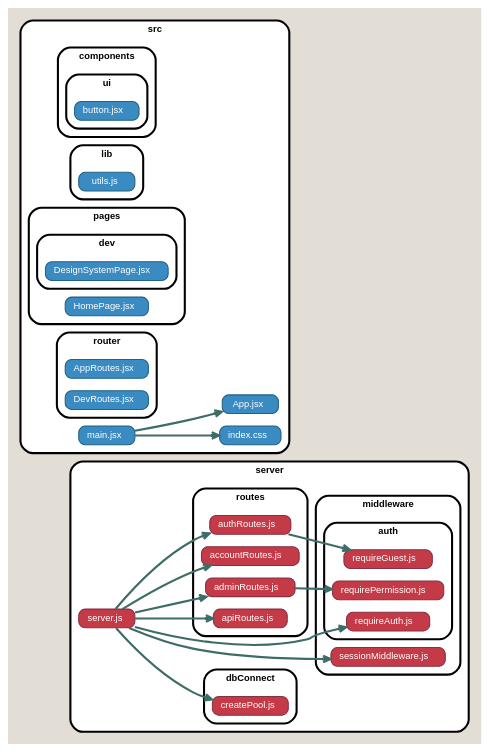
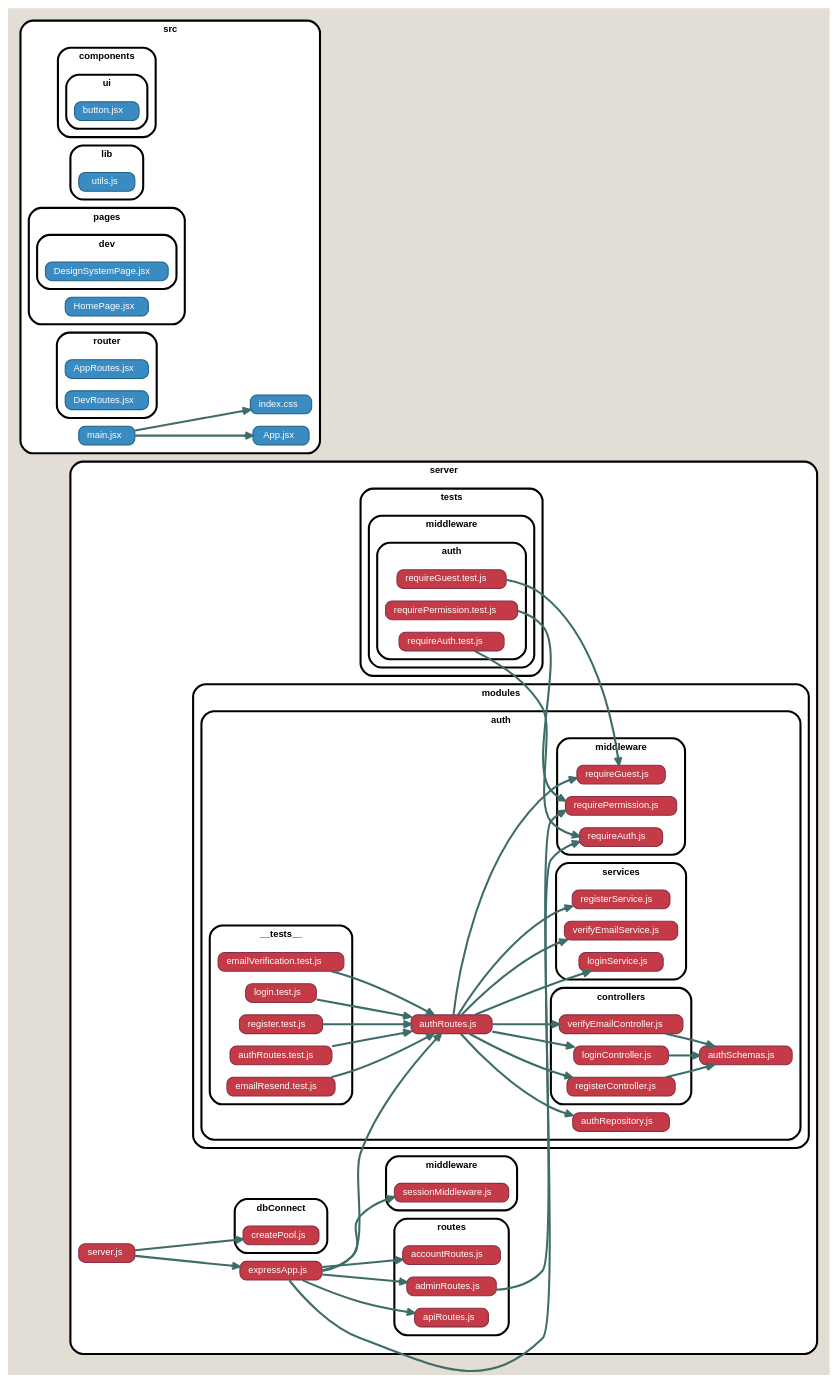
Before and after one commit to besmarques/omdn: the diagram in docs/dependency-graph.dot, drawn with Graphviz. The commit also changed 24 other files, not shown here.

```diff
--- a/docs/dependency-graph.dot
+++ b/docs/dependency-graph.dot
@@ -4,24 +4,60 @@
     edge [arrowhead="vee" arrowsize="0.7" penwidth="2.0" color="#3E6C67" fontname="Helvetica" fontsize="9" fontcolor="#3E6C67"]
 
     subgraph "cluster_server" {label="server" subgraph "cluster_server/dbConnect" {label="dbConnect" "server/dbConnect/createPool.js" [label=<createPool.js> tooltip="createPool.js" URL="server/dbConnect/createPool.js" fillcolor="#C43A47" color="#843145" fontcolor="#FFFFFF"] } }
-    subgraph "cluster_server" {label="server" subgraph "cluster_server/middleware" {label="middleware" subgraph "cluster_server/middleware/auth" {label="auth" "server/middleware/auth/requireAuth.js" [label=<requireAuth.js> tooltip="requireAuth.js" URL="server/middleware/auth/requireAuth.js" fillcolor="#C43A47" color="#843145" fontcolor="#FFFFFF"] } } }
-    subgraph "cluster_server" {label="server" subgraph "cluster_server/middleware" {label="middleware" subgraph "cluster_server/middleware/auth" {label="auth" "server/middleware/auth/requireGuest.js" [label=<requireGuest.js> tooltip="requireGuest.js" URL="server/middleware/auth/requireGuest.js" fillcolor="#C43A47" color="#843145" fontcolor="#FFFFFF"] } } }
-    subgraph "cluster_server" {label="server" subgraph "cluster_server/middleware" {label="middleware" subgraph "cluster_server/middleware/auth" {label="auth" "server/middleware/auth/requirePermission.js" [label=<requirePermission.js> tooltip="requirePermission.js" URL="server/middleware/auth/requirePermission.js" fillcolor="#C43A47" color="#843145" fontcolor="#FFFFFF"] } } }
+    subgraph "cluster_server" {label="server" "server/expressApp.js" [label=<expressApp.js> tooltip="expressApp.js" URL="server/expressApp.js" fillcolor="#C43A47" color="#843145" fontcolor="#FFFFFF"] }
+    "server/expressApp.js" -> "server/middleware/sessionMiddleware.js"
+    "server/expressApp.js" -> "server/modules/auth/authRoutes.js"
+    "server/expressApp.js" -> "server/modules/auth/middleware/requireAuth.js"
+    "server/expressApp.js" -> "server/routes/accountRoutes.js"
+    "server/expressApp.js" -> "server/routes/adminRoutes.js"
+    "server/expressApp.js" -> "server/routes/apiRoutes.js"
     subgraph "cluster_server" {label="server" subgraph "cluster_server/middleware" {label="middleware" "server/middleware/sessionMiddleware.js" [label=<sessionMiddleware.js> tooltip="sessionMiddleware.js" URL="server/middleware/sessionMiddleware.js" fillcolor="#C43A47" color="#843145" fontcolor="#FFFFFF"] } }
+    subgraph "cluster_server" {label="server" subgraph "cluster_server/modules" {label="modules" subgraph "cluster_server/modules/auth" {label="auth" subgraph "cluster_server/modules/auth/__tests__" {label="__tests__" "server/modules/auth/__tests__/authRoutes.test.js" [label=<authRoutes.test.js> tooltip="authRoutes.test.js" URL="server/modules/auth/__tests__/authRoutes.test.js" fillcolor="#C43A47" color="#843145" fontcolor="#FFFFFF"] } } } }
+    "server/modules/auth/__tests__/authRoutes.test.js" -> "server/modules/auth/authRoutes.js"
+    subgraph "cluster_server" {label="server" subgraph "cluster_server/modules" {label="modules" subgraph "cluster_server/modules/auth" {label="auth" subgraph "cluster_server/modules/auth/__tests__" {label="__tests__" "server/modules/auth/__tests__/emailResend.test.js" [label=<emailResend.test.js> tooltip="emailResend.test.js" URL="server/modules/auth/__tests__/emailResend.test.js" fillcolor="#C43A47" color="#843145" fontcolor="#FFFFFF"] } } } }
+    "server/modules/auth/__tests__/emailResend.test.js" -> "server/modules/auth/authRoutes.js"
+    subgraph "cluster_server" {label="server" subgraph "cluster_server/modules" {label="modules" subgraph "cluster_server/modules/auth" {label="auth" subgraph "cluster_server/modules/auth/__tests__" {label="__tests__" "server/modules/auth/__tests__/emailVerification.test.js" [label=<emailVerification.test.js> tooltip="emailVerification.test.js" URL="server/modules/auth/__tests__/emailVerification.test.js" fillcolor="#C43A47" color="#843145" fontcolor="#FFFFFF"] } } } }
+    "server/modules/auth/__tests__/emailVerification.test.js" -> "server/modules/auth/authRoutes.js"
+    subgraph "cluster_server" {label="server" subgraph "cluster_server/modules" {label="modules" subgraph "cluster_server/modules/auth" {label="auth" subgraph "cluster_server/modules/auth/__tests__" {label="__tests__" "server/modules/auth/__tests__/login.test.js" [label=<login.test.js> tooltip="login.test.js" URL="server/modules/auth/__tests__/login.test.js" fillcolor="#C43A47" color="#843145" fontcolor="#FFFFFF"] } } } }
+    "server/modules/auth/__tests__/login.test.js" -> "server/modules/auth/authRoutes.js"
+    subgraph "cluster_server" {label="server" subgraph "cluster_server/modules" {label="modules" subgraph "cluster_server/modules/auth" {label="auth" subgraph "cluster_server/modules/auth/__tests__" {label="__tests__" "server/modules/auth/__tests__/register.test.js" [label=<register.test.js> tooltip="register.test.js" URL="server/modules/auth/__tests__/register.test.js" fillcolor="#C43A47" color="#843145" fontcolor="#FFFFFF"] } } } }
+    "server/modules/auth/__tests__/register.test.js" -> "server/modules/auth/authRoutes.js"
+    subgraph "cluster_server" {label="server" subgraph "cluster_server/modules" {label="modules" subgraph "cluster_server/modules/auth" {label="auth" "server/modules/auth/authRepository.js" [label=<authRepository.js> tooltip="authRepository.js" URL="server/modules/auth/authRepository.js" fillcolor="#C43A47" color="#843145" fontcolor="#FFFFFF"] } } }
+    subgraph "cluster_server" {label="server" subgraph "cluster_server/modules" {label="modules" subgraph "cluster_server/modules/auth" {label="auth" "server/modules/auth/authRoutes.js" [label=<authRoutes.js> tooltip="authRoutes.js" URL="server/modules/auth/authRoutes.js" fillcolor="#C43A47" color="#843145" fontcolor="#FFFFFF"] } } }
+    "server/modules/auth/authRoutes.js" -> "server/modules/auth/authRepository.js"
+    "server/modules/auth/authRoutes.js" -> "server/modules/auth/controllers/loginController.js"
+    "server/modules/auth/authRoutes.js" -> "server/modules/auth/controllers/registerController.js"
+    "server/modules/auth/authRoutes.js" -> "server/modules/auth/controllers/verifyEmailController.js"
+    "server/modules/auth/authRoutes.js" -> "server/modules/auth/middleware/requireGuest.js"
+    "server/modules/auth/authRoutes.js" -> "server/modules/auth/services/loginService.js"
+    "server/modules/auth/authRoutes.js" -> "server/modules/auth/services/registerService.js"
+    "server/modules/auth/authRoutes.js" -> "server/modules/auth/services/verifyEmailService.js"
+    subgraph "cluster_server" {label="server" subgraph "cluster_server/modules" {label="modules" subgraph "cluster_server/modules/auth" {label="auth" "server/modules/auth/authSchemas.js" [label=<authSchemas.js> tooltip="authSchemas.js" URL="server/modules/auth/authSchemas.js" fillcolor="#C43A47" color="#843145" fontcolor="#FFFFFF"] } } }
+    subgraph "cluster_server" {label="server" subgraph "cluster_server/modules" {label="modules" subgraph "cluster_server/modules/auth" {label="auth" subgraph "cluster_server/modules/auth/controllers" {label="controllers" "server/modules/auth/controllers/loginController.js" [label=<loginController.js> tooltip="loginController.js" URL="server/modules/auth/controllers/loginController.js" fillcolor="#C43A47" color="#843145" fontcolor="#FFFFFF"] } } } }
+    "server/modules/auth/controllers/loginController.js" -> "server/modules/auth/authSchemas.js"
+    subgraph "cluster_server" {label="server" subgraph "cluster_server/modules" {label="modules" subgraph "cluster_server/modules/auth" {label="auth" subgraph "cluster_server/modules/auth/controllers" {label="controllers" "server/modules/auth/controllers/registerController.js" [label=<registerController.js> tooltip="registerController.js" URL="server/modules/auth/controllers/registerController.js" fillcolor="#C43A47" color="#843145" fontcolor="#FFFFFF"] } } } }
+    "server/modules/auth/controllers/registerController.js" -> "server/modules/auth/authSchemas.js"
+    subgraph "cluster_server" {label="server" subgraph "cluster_server/modules" {label="modules" subgraph "cluster_server/modules/auth" {label="auth" subgraph "cluster_server/modules/auth/controllers" {label="controllers" "server/modules/auth/controllers/verifyEmailController.js" [label=<verifyEmailController.js> tooltip="verifyEmailController.js" URL="server/modules/auth/controllers/verifyEmailController.js" fillcolor="#C43A47" color="#843145" fontcolor="#FFFFFF"] } } } }
+    "server/modules/auth/controllers/verifyEmailController.js" -> "server/modules/auth/authSchemas.js"
+    subgraph "cluster_server" {label="server" subgraph "cluster_server/modules" {label="modules" subgraph "cluster_server/modules/auth" {label="auth" subgraph "cluster_server/modules/auth/middleware" {label="middleware" "server/modules/auth/middleware/requireAuth.js" [label=<requireAuth.js> tooltip="requireAuth.js" URL="server/modules/auth/middleware/requireAuth.js" fillcolor="#C43A47" color="#843145" fontcolor="#FFFFFF"] } } } }
+    subgraph "cluster_server" {label="server" subgraph "cluster_server/modules" {label="modules" subgraph "cluster_server/modules/auth" {label="auth" subgraph "cluster_server/modules/auth/middleware" {label="middleware" "server/modules/auth/middleware/requireGuest.js" [label=<requireGuest.js> tooltip="requireGuest.js" URL="server/modules/auth/middleware/requireGuest.js" fillcolor="#C43A47" color="#843145" fontcolor="#FFFFFF"] } } } }
+    subgraph "cluster_server" {label="server" subgraph "cluster_server/modules" {label="modules" subgraph "cluster_server/modules/auth" {label="auth" subgraph "cluster_server/modules/auth/middleware" {label="middleware" "server/modules/auth/middleware/requirePermission.js" [label=<requirePermission.js> tooltip="requirePermission.js" URL="server/modules/auth/middleware/requirePermission.js" fillcolor="#C43A47" color="#843145" fontcolor="#FFFFFF"] } } } }
+    subgraph "cluster_server" {label="server" subgraph "cluster_server/modules" {label="modules" subgraph "cluster_server/modules/auth" {label="auth" subgraph "cluster_server/modules/auth/services" {label="services" "server/modules/auth/services/loginService.js" [label=<loginService.js> tooltip="loginService.js" URL="server/modules/auth/services/loginService.js" fillcolor="#C43A47" color="#843145" fontcolor="#FFFFFF"] } } } }
+    subgraph "cluster_server" {label="server" subgraph "cluster_server/modules" {label="modules" subgraph "cluster_server/modules/auth" {label="auth" subgraph "cluster_server/modules/auth/services" {label="services" "server/modules/auth/services/registerService.js" [label=<registerService.js> tooltip="registerService.js" URL="server/modules/auth/services/registerService.js" fillcolor="#C43A47" color="#843145" fontcolor="#FFFFFF"] } } } }
+    subgraph "cluster_server" {label="server" subgraph "cluster_server/modules" {label="modules" subgraph "cluster_server/modules/auth" {label="auth" subgraph "cluster_server/modules/auth/services" {label="services" "server/modules/auth/services/verifyEmailService.js" [label=<verifyEmailService.js> tooltip="verifyEmailService.js" URL="server/modules/auth/services/verifyEmailService.js" fillcolor="#C43A47" color="#843145" fontcolor="#FFFFFF"] } } } }
     subgraph "cluster_server" {label="server" subgraph "cluster_server/routes" {label="routes" "server/routes/accountRoutes.js" [label=<accountRoutes.js> tooltip="accountRoutes.js" URL="server/routes/accountRoutes.js" fillcolor="#C43A47" color="#843145" fontcolor="#FFFFFF"] } }
     subgraph "cluster_server" {label="server" subgraph "cluster_server/routes" {label="routes" "server/routes/adminRoutes.js" [label=<adminRoutes.js> tooltip="adminRoutes.js" URL="server/routes/adminRoutes.js" fillcolor="#C43A47" color="#843145" fontcolor="#FFFFFF"] } }
-    "server/routes/adminRoutes.js" -> "server/middleware/auth/requirePermission.js"
+    "server/routes/adminRoutes.js" -> "server/modules/auth/middleware/requirePermission.js"
     subgraph "cluster_server" {label="server" subgraph "cluster_server/routes" {label="routes" "server/routes/apiRoutes.js" [label=<apiRoutes.js> tooltip="apiRoutes.js" URL="server/routes/apiRoutes.js" fillcolor="#C43A47" color="#843145" fontcolor="#FFFFFF"] } }
-    subgraph "cluster_server" {label="server" subgraph "cluster_server/routes" {label="routes" "server/routes/authRoutes.js" [label=<authRoutes.js> tooltip="authRoutes.js" URL="server/routes/authRoutes.js" fillcolor="#C43A47" color="#843145" fontcolor="#FFFFFF"] } }
-    "server/routes/authRoutes.js" -> "server/middleware/auth/requireGuest.js"
     subgraph "cluster_server" {label="server" "server/server.js" [label=<server.js> tooltip="server.js" URL="server/server.js" fillcolor="#C43A47" color="#843145" fontcolor="#FFFFFF"] }
     "server/server.js" -> "server/dbConnect/createPool.js"
-    "server/server.js" -> "server/middleware/auth/requireAuth.js"
-    "server/server.js" -> "server/middleware/sessionMiddleware.js"
-    "server/server.js" -> "server/routes/accountRoutes.js"
-    "server/server.js" -> "server/routes/adminRoutes.js"
-    "server/server.js" -> "server/routes/apiRoutes.js"
-    "server/server.js" -> "server/routes/authRoutes.js"
+    "server/server.js" -> "server/expressApp.js"
+    subgraph "cluster_server" {label="server" subgraph "cluster_server/tests" {label="tests" subgraph "cluster_server/tests/middleware" {label="middleware" subgraph "cluster_server/tests/middleware/auth" {label="auth" "server/tests/middleware/auth/requireAuth.test.js" [label=<requireAuth.test.js> tooltip="requireAuth.test.js" URL="server/tests/middleware/auth/requireAuth.test.js" fillcolor="#C43A47" color="#843145" fontcolor="#FFFFFF"] } } } }
+    "server/tests/middleware/auth/requireAuth.test.js" -> "server/modules/auth/middleware/requireAuth.js"
+    subgraph "cluster_server" {label="server" subgraph "cluster_server/tests" {label="tests" subgraph "cluster_server/tests/middleware" {label="middleware" subgraph "cluster_server/tests/middleware/auth" {label="auth" "server/tests/middleware/auth/requireGuest.test.js" [label=<requireGuest.test.js> tooltip="requireGuest.test.js" URL="server/tests/middleware/auth/requireGuest.test.js" fillcolor="#C43A47" color="#843145" fontcolor="#FFFFFF"] } } } }
+    "server/tests/middleware/auth/requireGuest.test.js" -> "server/modules/auth/middleware/requireGuest.js"
+    subgraph "cluster_server" {label="server" subgraph "cluster_server/tests" {label="tests" subgraph "cluster_server/tests/middleware" {label="middleware" subgraph "cluster_server/tests/middleware/auth" {label="auth" "server/tests/middleware/auth/requirePermission.test.js" [label=<requirePermission.test.js> tooltip="requirePermission.test.js" URL="server/tests/middleware/auth/requirePermission.test.js" fillcolor="#C43A47" color="#843145" fontcolor="#FFFFFF"] } } } }
+    "server/tests/middleware/auth/requirePermission.test.js" -> "server/modules/auth/middleware/requirePermission.js"
     subgraph "cluster_src" {label="src" "src/App.jsx" [label=<App.jsx> tooltip="App.jsx" URL="src/App.jsx" fillcolor="#3A8BC1" color="#216182" fontcolor="#FFFFFF"] }
     subgraph "cluster_src" {label="src" subgraph "cluster_src/components" {label="components" subgraph "cluster_src/components/ui" {label="ui" "src/components/ui/button.jsx" [label=<button.jsx> tooltip="no-orphans" URL="src/components/ui/button.jsx" fillcolor="#3A8BC1" fontcolor="#FFFFFF" color="#216182"] } } }
     subgraph "cluster_src" {label="src" "src/index.css" [label=<index.css> tooltip="index.css" URL="src/index.css" fillcolor="#3A8BC1" color="#216182" fontcolor="#FFFFFF"] }
```
